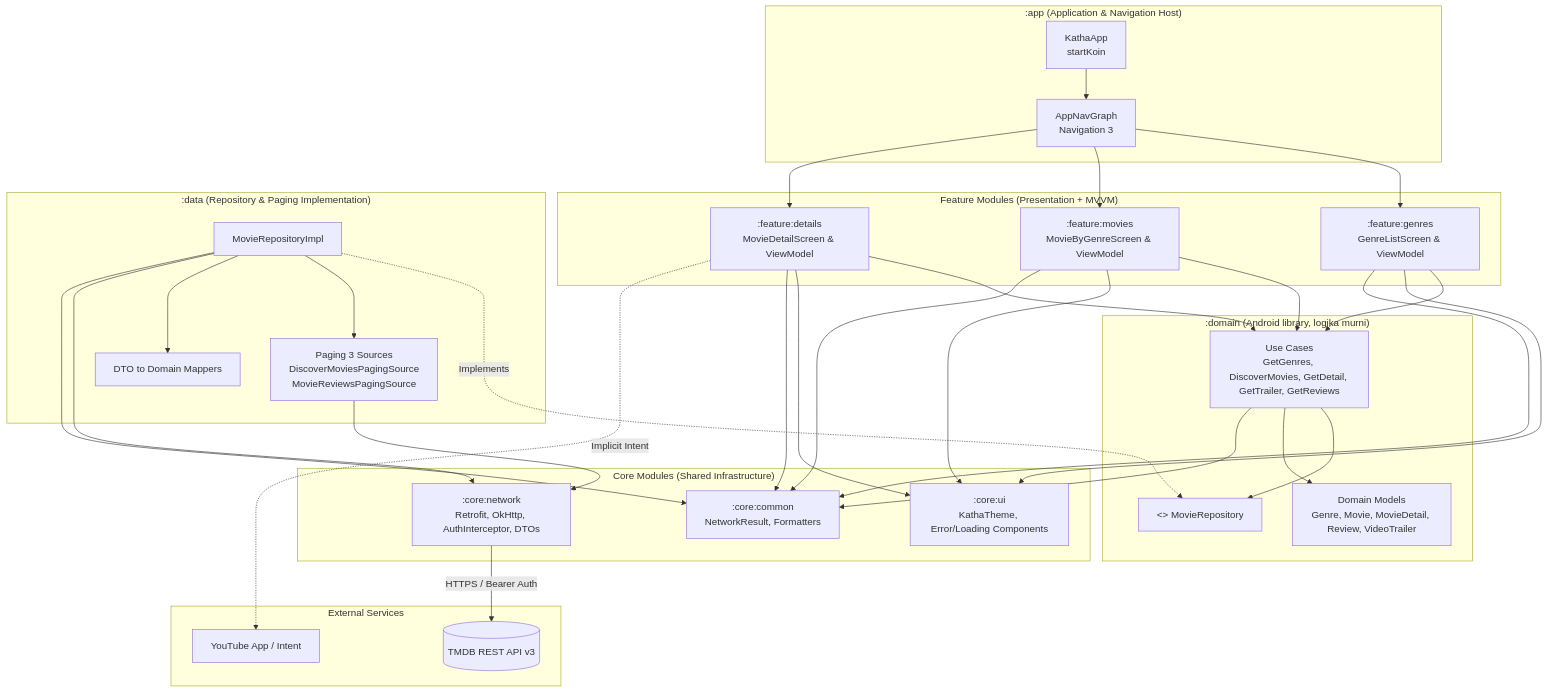
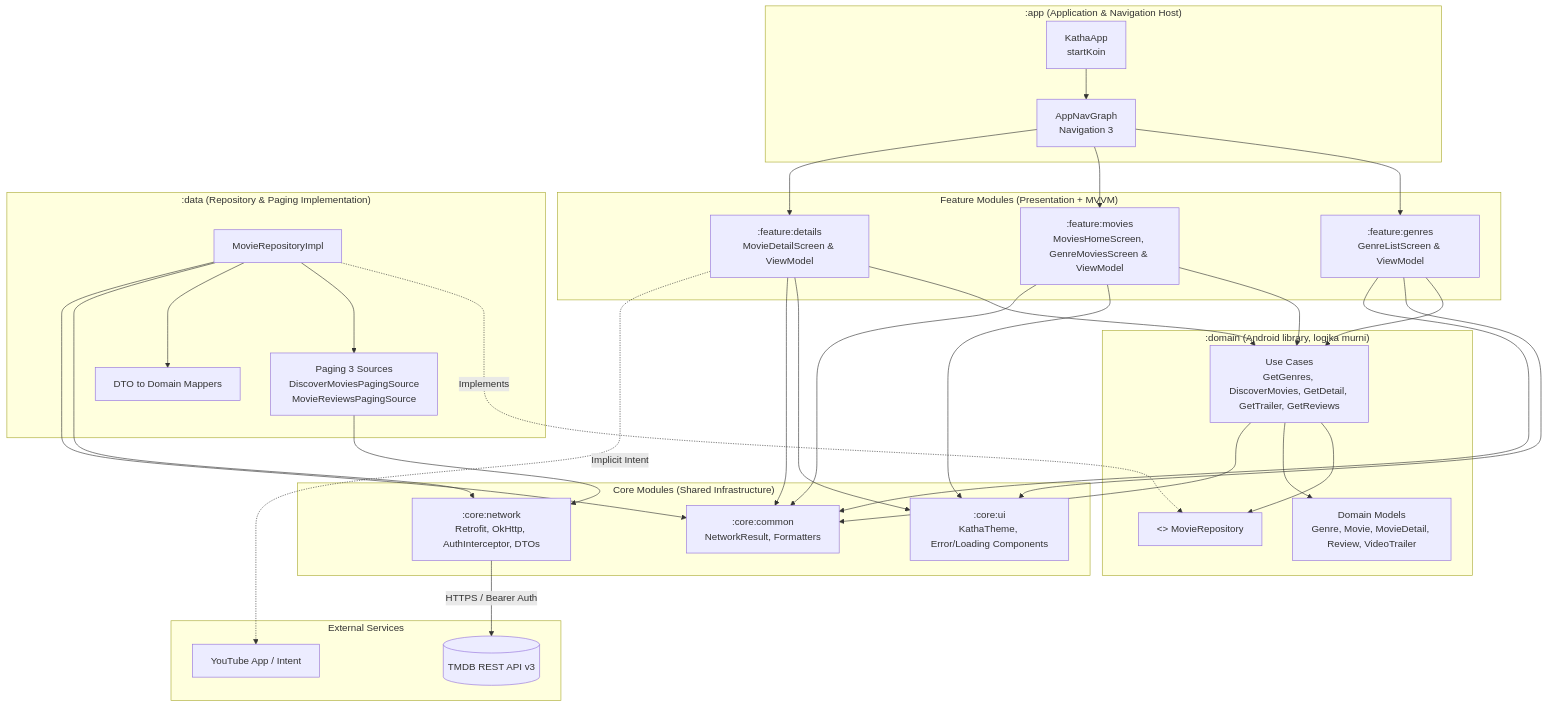
One commit to halimjr11/katha changed the first of 4 diagrams in docs/architecture_engineering_decisions.md. Above: the diagram before and after it, drawn with Mermaid. The commit also changed other lines of this file and 3 other files, not shown here.

First line of the commit message:
docs: describe the movies-first flow

````diff
--- a/docs/architecture_engineering_decisions.md
+++ b/docs/architecture_engineering_decisions.md
@@ -32,66 +32,66 @@
 ```mermaid
 graph TD
     subgraph AppShell [":app (Application & Navigation Host)"]
         APP[KathaApp<br/>startKoin]
         NAV[AppNavGraph<br/>Navigation 3]
     end
 
     subgraph FeatureLayer ["Feature Modules (Presentation + MVVM)"]
         F_GENRE[":feature:genres"<br/>GenreListScreen & ViewModel]
-        F_LIST[":feature:movies"<br/>MovieByGenreScreen & ViewModel]
+        F_LIST[":feature:movies"<br/>MoviesHomeScreen, GenreMoviesScreen & ViewModel]
         F_DETAIL[":feature:details"<br/>MovieDetailScreen & ViewModel]
     end
 
     subgraph DomainLayer [":domain (Android library, logika murni)"]
         UC[Use Cases<br/>GetGenres, DiscoverMovies, GetDetail, GetTrailer, GetReviews]
         REPO_INT["<<interface>> MovieRepository"]
         MODELS[Domain Models<br/>Genre, Movie, MovieDetail, Review, VideoTrailer]
         UC --> REPO_INT
         UC --> MODELS
     end
 
     subgraph DataLayer [":data (Repository & Paging Implementation)"]
         REPO_IMPL[MovieRepositoryImpl]
         PAGING[Paging 3 Sources<br/>DiscoverMoviesPagingSource<br/>MovieReviewsPagingSource]
         MAPPER[DTO to Domain Mappers]
         REPO_IMPL -.->|Implements| REPO_INT
         REPO_IMPL --> PAGING
         REPO_IMPL --> MAPPER
     end
 
     subgraph CoreLayer ["Core Modules (Shared Infrastructure)"]
         C_NET[":core:network"<br/>Retrofit, OkHttp, AuthInterceptor, DTOs]
         C_UI[":core:ui"<br/>KathaTheme, Error/Loading Components]
         C_COM[":core:common"<br/>NetworkResult, Formatters]
     end
 
     subgraph External ["External Services"]
         TMDB[(TMDB REST API v3)]
         YT[YouTube App / Intent]
     end
 
     APP --> NAV
     NAV --> F_GENRE
     NAV --> F_LIST
     NAV --> F_DETAIL
 
     F_GENRE --> UC
     F_LIST --> UC
     F_DETAIL --> UC
 
     F_GENRE --> C_UI
     F_LIST --> C_UI
     F_DETAIL --> C_UI
 
     F_GENRE --> C_COM
     F_LIST --> C_COM
     F_DETAIL --> C_COM
 
     REPO_IMPL --> C_NET
     PAGING --> C_NET
     REPO_IMPL --> C_COM
     UC --> C_COM
 
     C_NET -->|HTTPS / Bearer Auth| TMDB
     F_DETAIL -.->|Implicit Intent| YT
 ```
````
